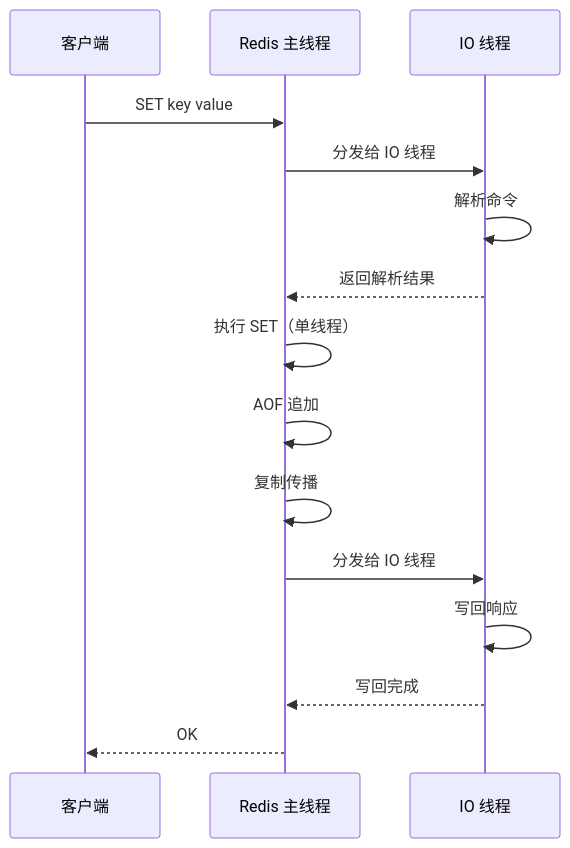
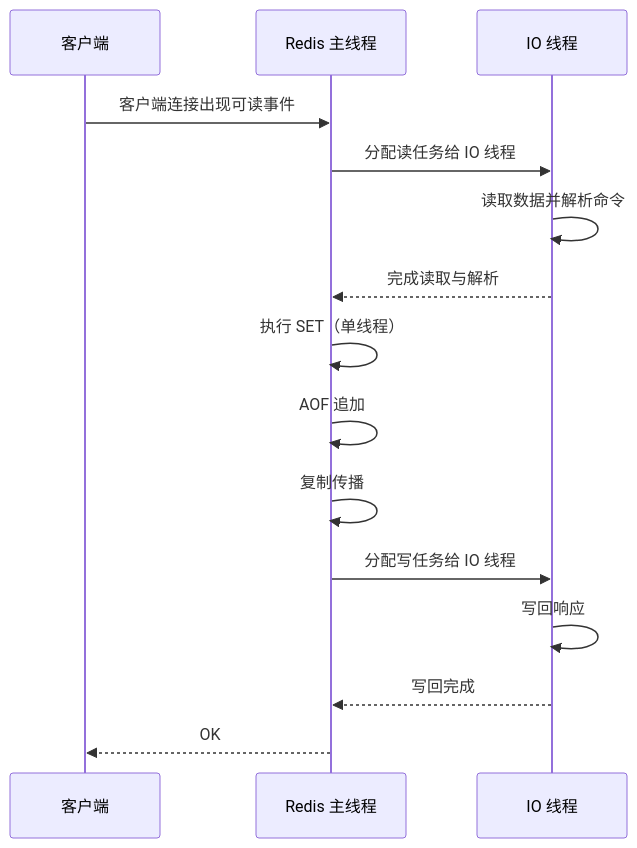
One commit to b1tzer/the-stack changed the diagram in docs/redis/02-standalone-core/chapter-01-thread-model.md. Above: the diagram before and after it, drawn with Mermaid. The commit also changed other lines of this file and 7 other files, not shown here.

````diff
--- a/docs/redis/02-standalone-core/chapter-01-thread-model.md
+++ b/docs/redis/02-standalone-core/chapter-01-thread-model.md
@@ -32,18 +32,18 @@
 ```mermaid
 sequenceDiagram
     participant C as 客户端
     participant M as Redis 主线程
     participant IO as IO 线程
 
-    C->>M: SET key value
-    M->>IO: 分发给 IO 线程
-    IO->>IO: 解析命令
-    IO-->>M: 返回解析结果
+    C->>M: 客户端连接出现可读事件
+    M->>IO: 分配读任务给 IO 线程
+    IO->>IO: 读取数据并解析命令
+    IO-->>M: 完成读取与解析
     M->>M: 执行 SET（单线程）
     M->>M: AOF 追加
     M->>M: 复制传播
-    M->>IO: 分发给 IO 线程
+    M->>IO: 分配写任务给 IO 线程
     IO->>IO: 写回响应
     IO-->>M: 写回完成
     M-->>C: OK
 ```
````
